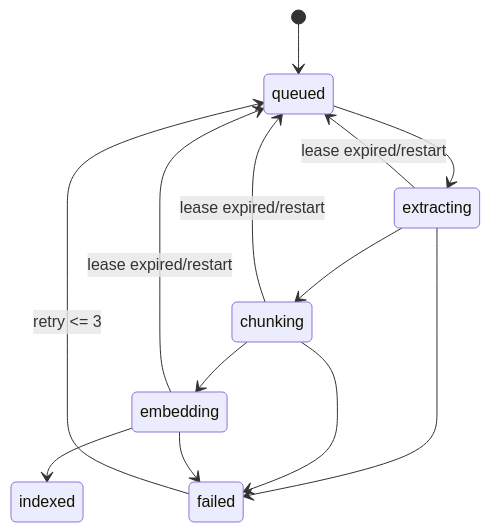
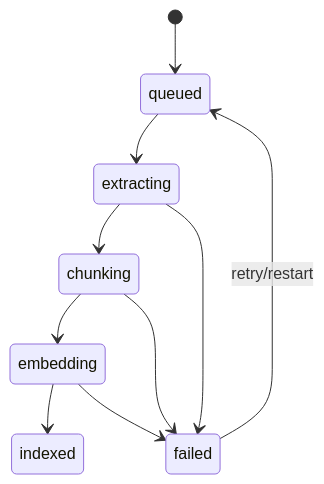
The diagram in docs/plan/implementation/20-m2-ingestion/14-indexing-worker/plan.md (ryantr-statinops/InfoBoard), drawn with Mermaid before and after one commit. The commit also changed other lines of this file and 13 other files, not shown here.

````diff
--- a/docs/plan/implementation/20-m2-ingestion/14-indexing-worker/plan.md
+++ b/docs/plan/implementation/20-m2-ingestion/14-indexing-worker/plan.md
@@ -15,15 +15,12 @@
 ```mermaid
 stateDiagram-v2
     [*] --> queued
     queued --> extracting
     extracting --> chunking
     chunking --> embedding
     embedding --> indexed
     extracting --> failed
     chunking --> failed
     embedding --> failed
-    failed --> queued: retry <= 3
-    extracting --> queued: lease expired/restart
-    chunking --> queued: lease expired/restart
-    embedding --> queued: lease expired/restart
+    failed --> queued: retry/restart
 ```
````
